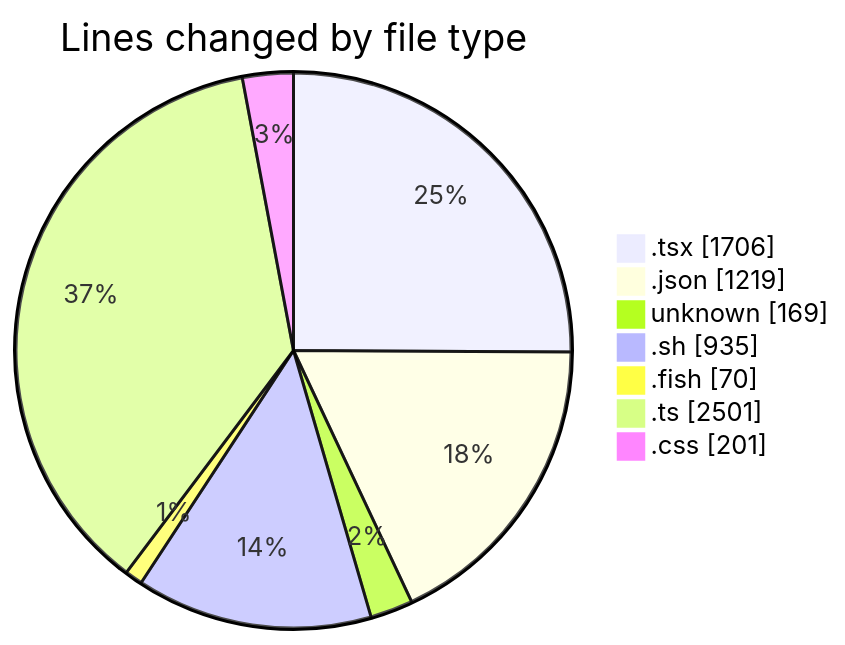
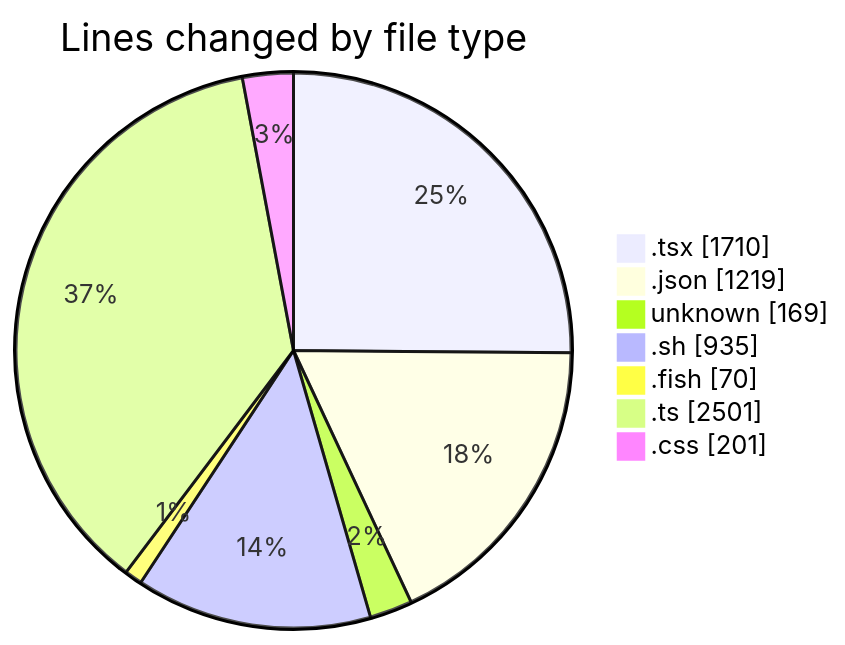
One commit to EIIisD/code-tracking changed the first of 2 diagrams in 2025-07-17/ribbon/README.md. Above: the diagram before and after it, drawn with Mermaid. The commit also changed other lines of this file and 1 other file, not shown here.

````diff
--- a/2025-07-17/ribbon/README.md
+++ b/2025-07-17/ribbon/README.md
@@ -54,11 +54,11 @@
 ```mermaid
 pie showData
 title Lines changed by file type
-".tsx" : 1706
+".tsx" : 1710
 ".json" : 1219
 "unknown" : 169
 ".sh" : 935
 ".fish" : 70
 ".ts" : 2501
 ".css" : 201
 ```
````
